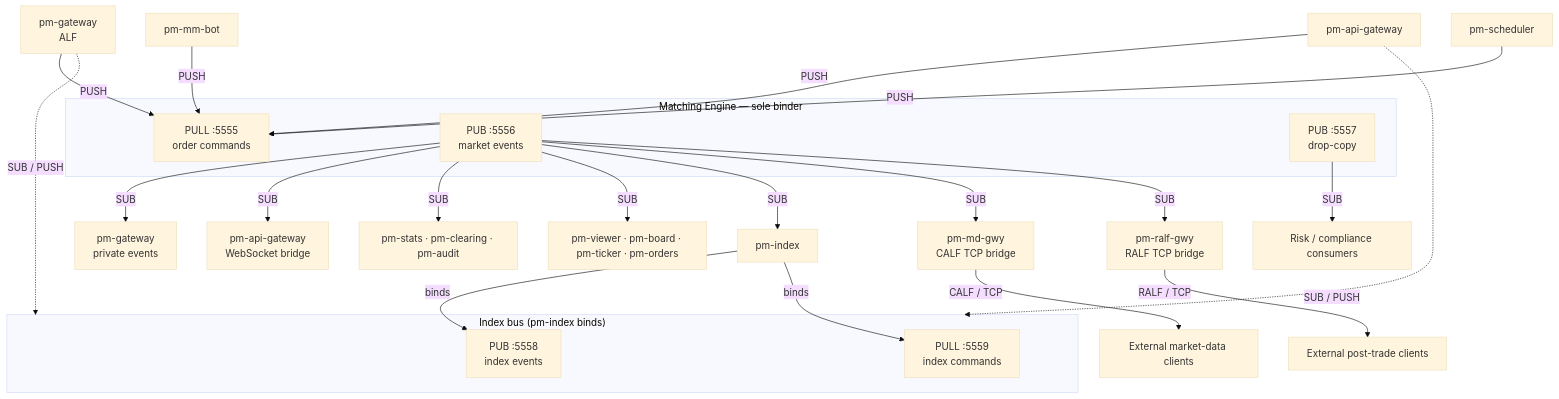
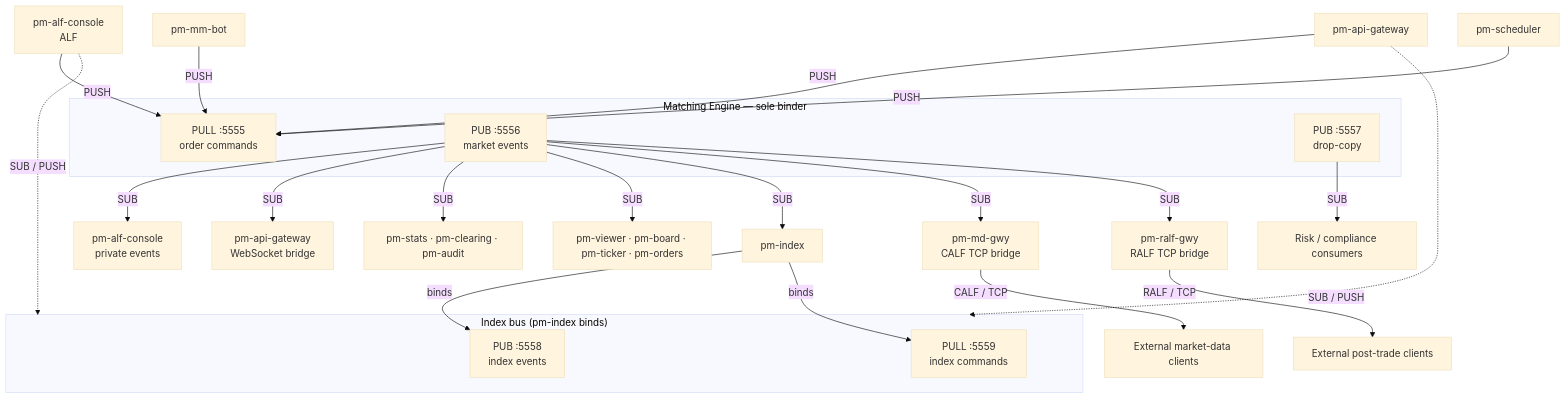
One commit to johan162/EduMatcher changed the first of 4 diagrams in docs/architecture/01-architecture.md. Above: the diagram before and after it, drawn with Mermaid (base theme). The commit also changed other lines of this file and 38 other files, not shown here.

````diff
--- a/docs/architecture/01-architecture.md
+++ b/docs/architecture/01-architecture.md
@@ -108,38 +108,38 @@
 ```mermaid
 graph TD
-    ALF["pm-gateway\nALF"]
+    ALF["pm-alf-console\nALF"]
     APIGW["pm-api-gateway"]
     MMBOT["pm-mm-bot"]
     SCH["pm-scheduler"]
 
     subgraph Engine["Matching Engine — sole binder"]
         PULL["PULL :5555\norder commands"]
         PUB56["PUB :5556\nmarket events"]
         PUB57["PUB :5557\ndrop-copy"]
     end
 
-    GW_R["pm-gateway\nprivate events"]
+    GW_R["pm-alf-console\nprivate events"]
     APIR["pm-api-gateway\nWebSocket bridge"]
     OPS["pm-stats · pm-clearing · pm-audit"]
     UI["pm-viewer · pm-board · pm-ticker · pm-orders"]
     IDX["pm-index"]
     MD["pm-md-gwy\nCALF TCP bridge"]
     PT["pm-ralf-gwy\nRALF TCP bridge"]
     DCC["Risk / compliance consumers"]
 
     subgraph IndexBus["Index bus  (pm-index binds)"]
         IPUB["PUB :5558\nindex events"]
         IPULL["PULL :5559\nindex commands"]
     end
 
     ExtMD["External market-data clients"]
     ExtPT["External post-trade clients"]
 
     ALF & APIGW & MMBOT & SCH -->|PUSH| PULL
     PUB56 -->|SUB| GW_R & APIR & OPS & UI & IDX & MD & PT
     PUB57 -->|SUB| DCC
     IDX -->|binds| IPUB & IPULL
     ALF & APIGW -.->|"SUB / PUSH"| IndexBus
     MD -->|"CALF / TCP"| ExtMD
     PT -->|"RALF / TCP"| ExtPT
 ```
````
